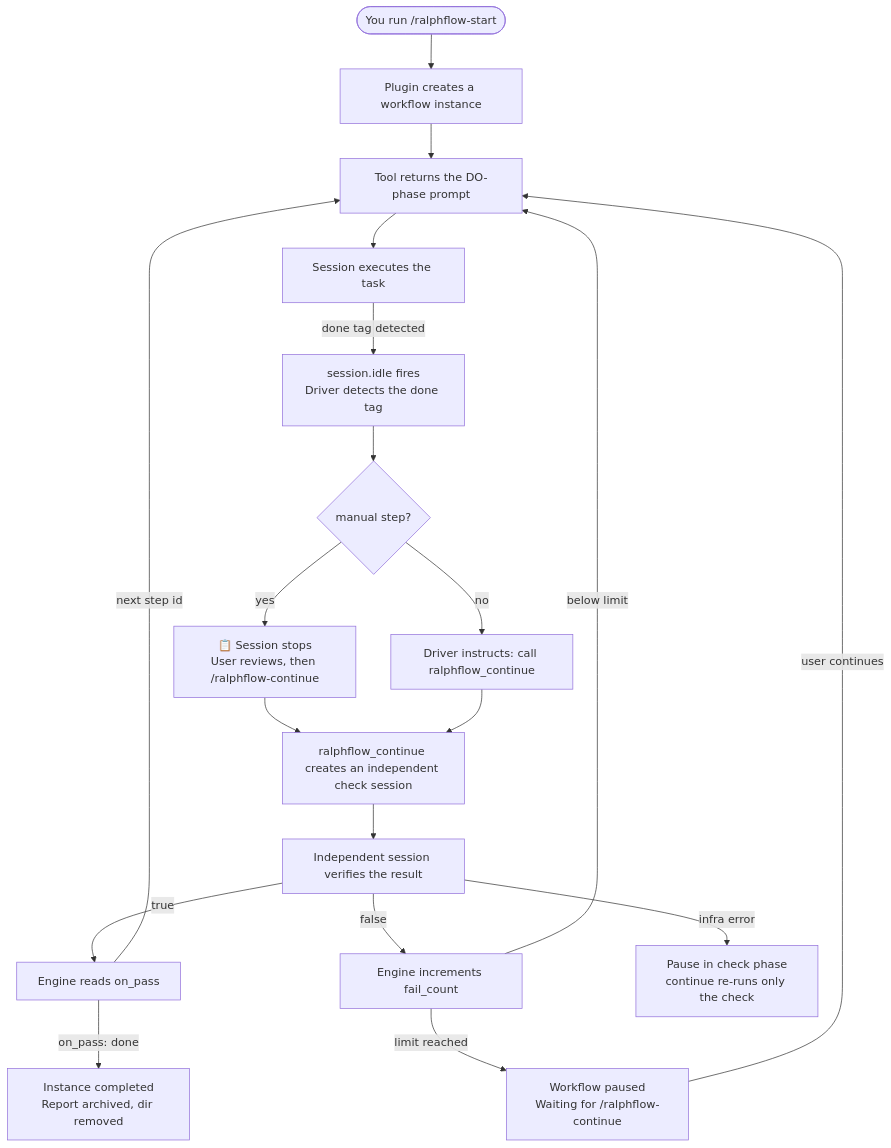
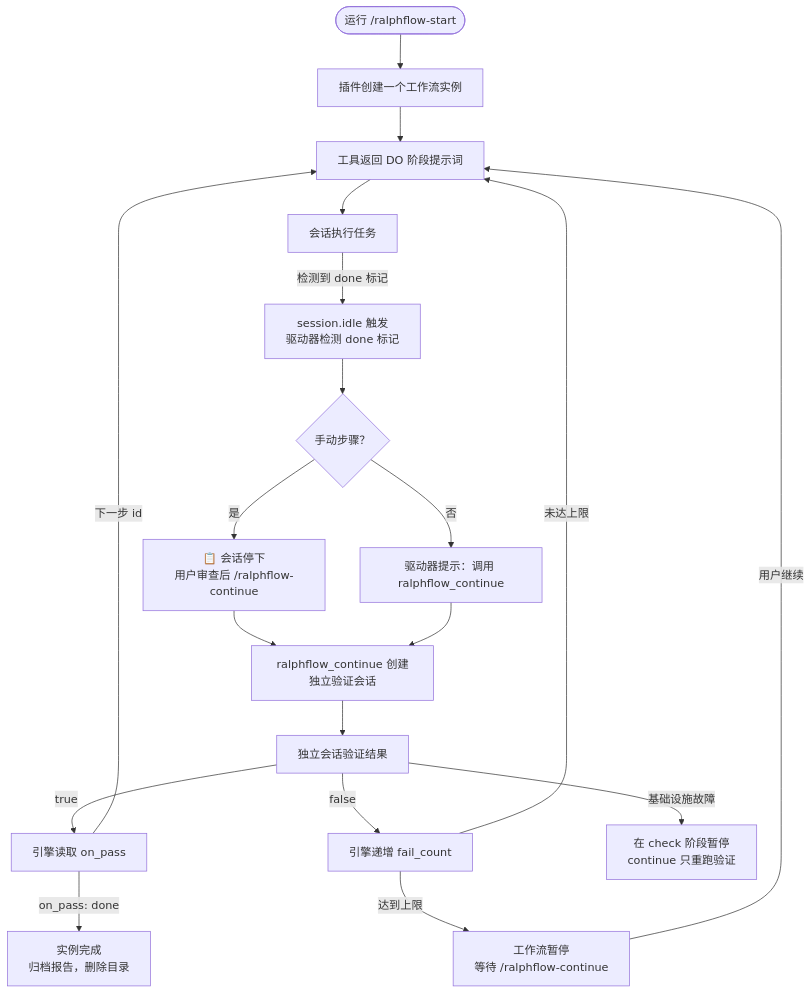
One commit to 534529531/ralph-flow changed the first of 3 diagrams in docs/how-it-works.md. Above: the diagram before and after it, drawn with Mermaid. The commit also changed other lines of this file and 20 other files, not shown here.

````diff
--- a/docs/how-it-works.md
+++ b/docs/how-it-works.md
@@ -13,21 +12,21 @@
 ```mermaid
 flowchart TD
-    Start(["You run /ralphflow-start"]) --> State["Plugin creates a workflow instance"]
-    State --> DoPrompt["Tool returns the DO-phase prompt"]
-    DoPrompt --> AI["Session executes the task"]
-    AI -->|"done tag detected"| DoneTag["session.idle fires<br/>Driver detects the done tag"]
-    DoneTag --> Manual{"manual step?"}
-    Manual -->|"yes"| Review["📋 Session stops<br/>User reviews, then /ralphflow-continue"]
-    Manual -->|"no"| CallContinue["Driver instructs: call ralphflow_continue"]
+    Start(["运行 /ralphflow-start"]) --> State["插件创建一个工作流实例"]
+    State --> DoPrompt["工具返回 DO 阶段提示词"]
+    DoPrompt --> AI["会话执行任务"]
+    AI -->|"检测到 done 标记"| DoneTag["session.idle 触发<br/>驱动器检测 done 标记"]
+    DoneTag --> Manual{"手动步骤？"}
+    Manual -->|"是"| Review["📋 会话停下<br/>用户审查后 /ralphflow-continue"]
+    Manual -->|"否"| CallContinue["驱动器提示：调用 ralphflow_continue"]
     Review --> CheckPrompt
-    CallContinue --> CheckPrompt["ralphflow_continue creates an independent check session"]
-    CheckPrompt --> AICheck["Independent session verifies the result"]
-    AICheck -->|"true"| Pass["Engine reads on_pass"]
-    AICheck -->|"false"| Fail["Engine increments fail_count"]
-    AICheck -->|"infra error"| Infra["Pause in check phase<br/>continue re-runs only the check"]
-    Pass -->|"on_pass: done"| Complete["Instance completed<br/>Report archived, dir removed"]
-    Pass -->|"next step id"| DoPrompt
-    Fail -->|"below limit"| DoPrompt
-    Fail -->|"limit reached"| Pause["Workflow paused<br/>Waiting for /ralphflow-continue"]
-    Pause -->|user continues| DoPrompt
+    CallContinue --> CheckPrompt["ralphflow_continue 创建独立验证会话"]
+    CheckPrompt --> AICheck["独立会话验证结果"]
+    AICheck -->|"true"| Pass["引擎读取 on_pass"]
+    AICheck -->|"false"| Fail["引擎递增 fail_count"]
+    AICheck -->|"基础设施故障"| Infra["在 check 阶段暂停<br/>continue 只重跑验证"]
+    Pass -->|"on_pass: done"| Complete["实例完成<br/>归档报告，删除目录"]
+    Pass -->|"下一步 id"| DoPrompt
+    Fail -->|"未达上限"| DoPrompt
+    Fail -->|"达到上限"| Pause["工作流暂停<br/>等待 /ralphflow-continue"]
+    Pause -->|用户继续| DoPrompt
 ```
````
